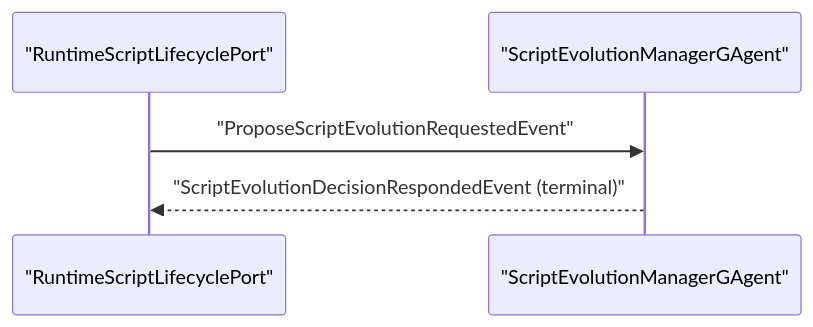
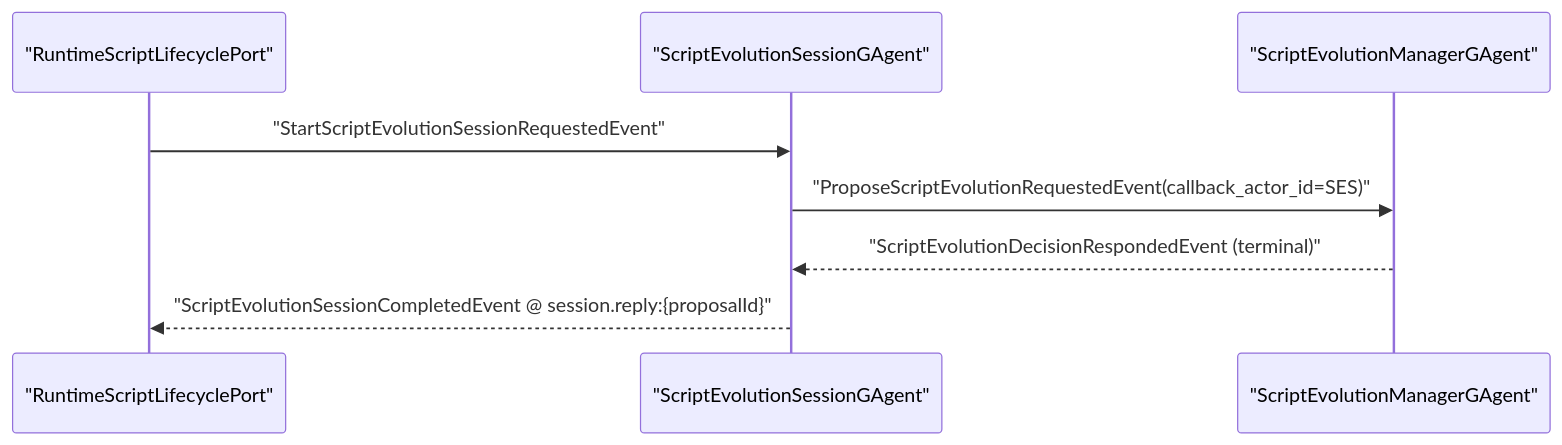
Before and after one commit to aevatarAI/aevatar: the second of 2 diagrams in docs/architecture/scripting-autonomous-evolution-architecture-change-2026-03-02.md, drawn with Mermaid. The commit also changed other lines of this file and 12 other files, not shown here.

First line of the commit message:
Refactor Aevatar.Scripting architecture to enhance session-based evolution management

````diff
--- a/docs/architecture/scripting-autonomous-evolution-architecture-change-2026-03-02.md
+++ b/docs/architecture/scripting-autonomous-evolution-architecture-change-2026-03-02.md
@@ -108,9 +109,12 @@
 ```mermaid
 %%{init: {"maxTextSize": 100000, "flowchart": {"useMaxWidth": false, "nodeSpacing": 10, "rankSpacing": 50}, "sequence": {"useMaxWidth": false, "actorMargin": 16, "messageMargin": 12, "diagramMarginX": 20, "diagramMarginY": 10}, "themeVariables": {"fontSize": "10px"}}}%%
 sequenceDiagram
     participant PORT as "RuntimeScriptLifecyclePort"
+    participant SES as "ScriptEvolutionSessionGAgent"
     participant EVO as "ScriptEvolutionManagerGAgent"
 
-    PORT->>EVO: "ProposeScriptEvolutionRequestedEvent"
-    EVO-->>PORT: "ScriptEvolutionDecisionRespondedEvent (terminal)"
+    PORT->>SES: "StartScriptEvolutionSessionRequestedEvent"
+    SES->>EVO: "ProposeScriptEvolutionRequestedEvent(callback_actor_id=SES)"
+    EVO-->>SES: "ScriptEvolutionDecisionRespondedEvent (terminal)"
+    SES-->>PORT: "ScriptEvolutionSessionCompletedEvent @ session.reply:{proposalId}"
 ```
````
